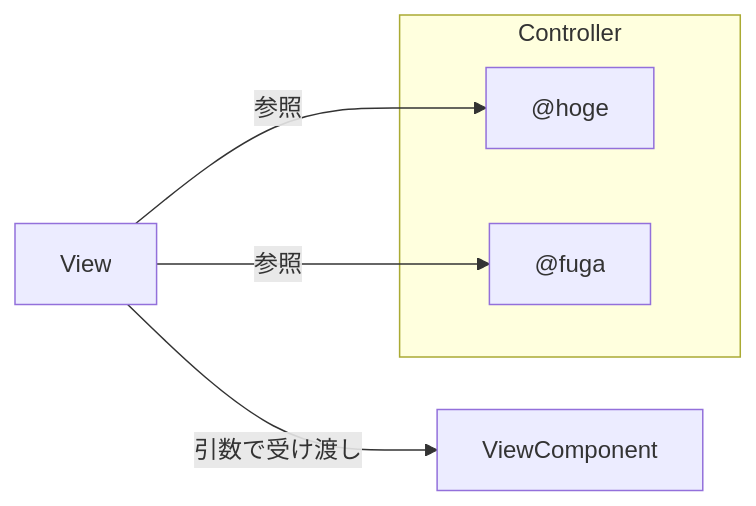
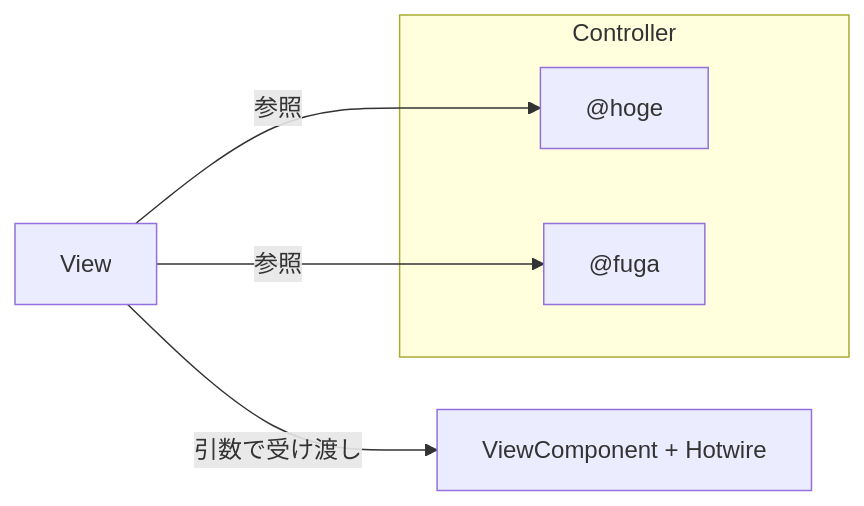
Before and after one commit to kuroweb/zenn: the third of 5 diagrams in articles/viewcomponent-hotwire-tailwindcss.md, drawn with Mermaid. The commit also changed other lines of this file, not shown here.

````diff
--- a/articles/viewcomponent-hotwire-tailwindcss.md
+++ b/articles/viewcomponent-hotwire-tailwindcss.md
@@ -78,11 +78,11 @@
 ```mermaid
 flowchart LR
   subgraph Controller
     value_1["@hoge"]
     value_2["@fuga"]
   end
 
   View --参照-->value_1
   View --参照-->value_2
-  View --引数で受け渡し-->ViewComponent
+  View --引数で受け渡し-->A["ViewComponent + Hotwire"]
 ```
````
